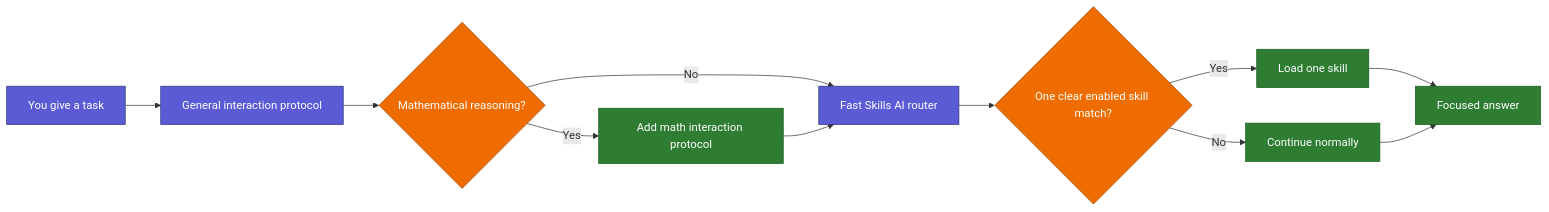
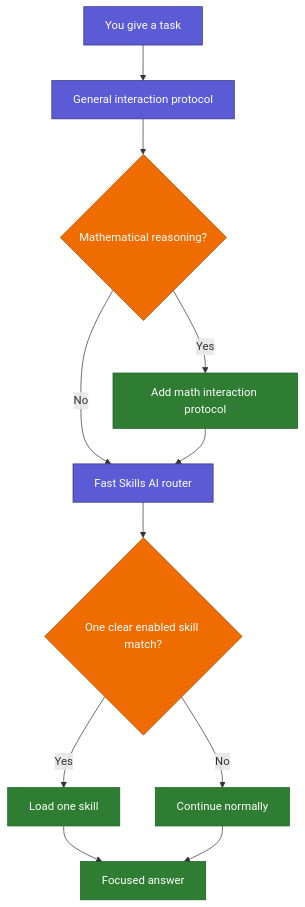
The diagram in README.md (geekybobz/skills_ai), drawn with Mermaid before and after one commit. The commit also changed other lines of this file and 36 other files, not shown here.

````diff
--- a/README.md
+++ b/README.md
@@ -20,20 +20,20 @@
 ```mermaid
-flowchart LR
+flowchart TD
     U["You give a task"] --> P["General interaction protocol"]
     P --> M{"Mathematical reasoning?"}
     M -- "Yes" --> X["Add math interaction protocol"]
     M -- "No" --> R["Fast Skills AI router"]
     X --> R
     R --> Q{"One clear enabled skill match?"}
     Q -- "Yes" --> S["Load one skill"]
     Q -- "No" --> N["Continue normally"]
     S --> A["Focused answer"]
     N --> A
 
     classDef entry fill:#5B5BD6,color:#fff,stroke:#32327A
     classDef choice fill:#EF6C00,color:#fff,stroke:#A64700
     classDef result fill:#2E7D32,color:#fff,stroke:#1B5E20
     class U,P,R entry
     class M,Q choice
     class X,S,N,A result
 ```
````
